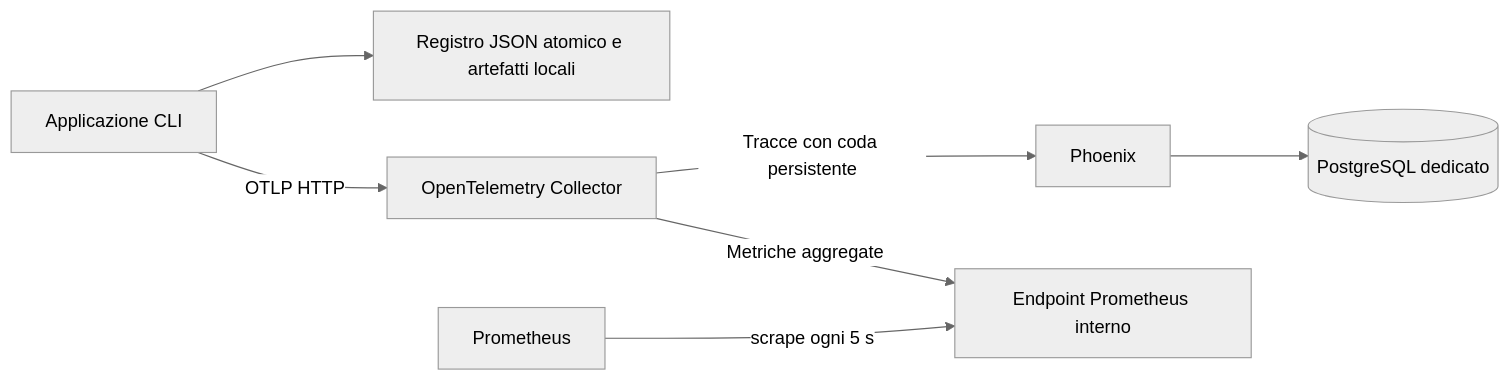
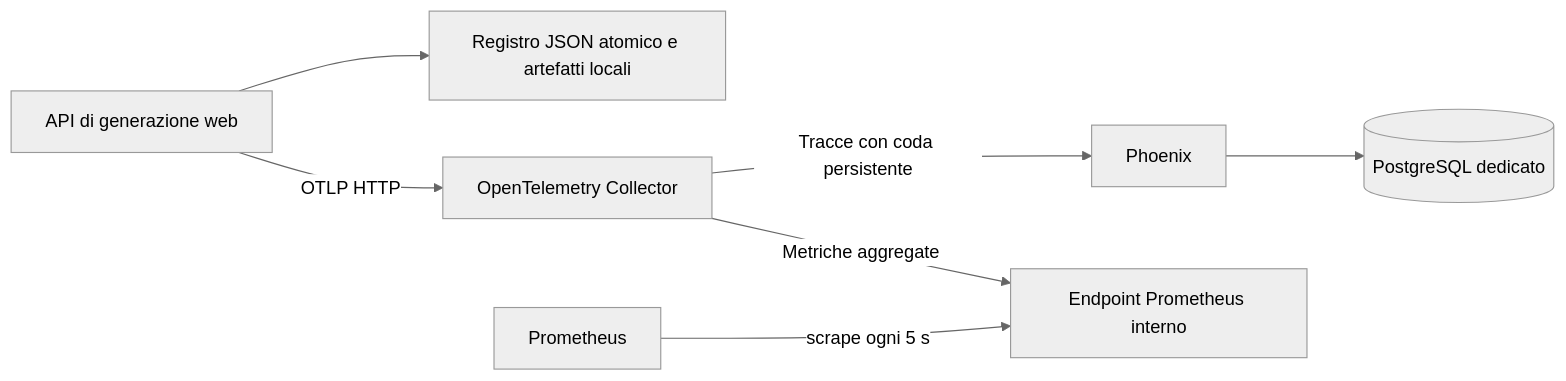
One commit to fesafa01/CodiceTesi changed the diagram in observability/README.md. Above: the diagram before and after it, drawn with Mermaid (neutral theme). The commit also changed other lines of this file and 21 other files, not shown here.

Commit message:
refactor(web): rimuove la CLI di generazione

````diff
--- a/observability/README.md
+++ b/observability/README.md
@@ -40,9 +40,9 @@
 ```mermaid
 flowchart LR
-    APP[Applicazione CLI] --> REG[Registro JSON atomico e artefatti locali]
+    APP[API di generazione web] --> REG[Registro JSON atomico e artefatti locali]
     APP -->|OTLP HTTP| COL[OpenTelemetry Collector]
     COL -->|Tracce con coda persistente| PX[Phoenix]
     PX --> PDB[(PostgreSQL dedicato)]
     COL -->|Metriche aggregate| EXP[Endpoint Prometheus interno]
     PROM[Prometheus] -->|scrape ogni 5 s| EXP
 ```
````
